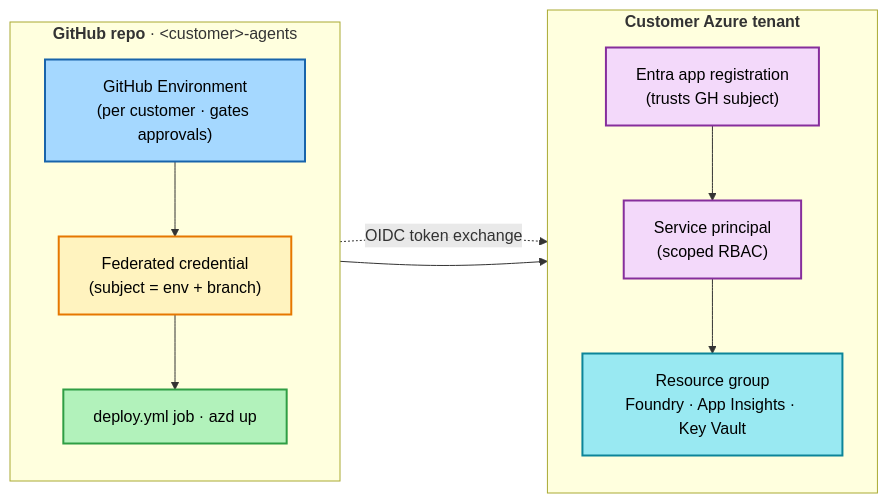
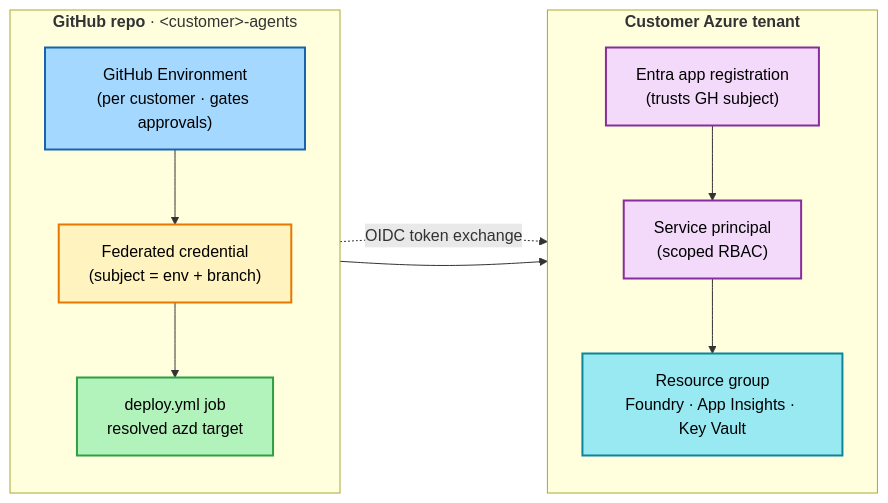
One commit to jlangley11/agentic-ai-solution-accelerator changed the diagram in docs/start/deliver/04-provision-the-customers-azure.md. Above: the diagram before and after it, drawn with Mermaid. The commit also changed other lines of this file and 168 other files, not shown here.

````diff
--- a/docs/start/deliver/04-provision-the-customers-azure.md
+++ b/docs/start/deliver/04-provision-the-customers-azure.md
@@ -86,25 +98,25 @@
 ```mermaid
 flowchart LR
     classDef gh fill:#a5d8ff,stroke:#1864ab,stroke-width:2px,color:#000
     classDef cred fill:#fff3bf,stroke:#e67700,stroke-width:2px,color:#000
     classDef job fill:#b2f2bb,stroke:#2f9e44,stroke-width:2px,color:#000
     classDef az fill:#f3d9fa,stroke:#862e9c,stroke-width:2px,color:#000
     classDef rg fill:#99e9f2,stroke:#0c8599,stroke-width:2px,color:#000
 
     subgraph GH["<b>GitHub repo</b> · &lt;customer&gt;-agents"]
       direction TB
       ENV["GitHub Environment<br/>(per customer · gates approvals)"]:::gh
       FC["Federated credential<br/>(subject = env + branch)"]:::cred
-      JOB["deploy.yml job · azd up"]:::job
+      JOB["deploy.yml job<br/>resolved azd target"]:::job
       ENV --> FC --> JOB
     end
     subgraph AZ["<b>Customer Azure tenant</b>"]
       direction TB
       EA["Entra app registration<br/>(trusts GH subject)"]:::az
       SP["Service principal<br/>(scoped RBAC)"]:::az
       RG["Resource group<br/>Foundry · App Insights · Key Vault"]:::rg
       EA --> SP --> RG
     end
     FC -. "OIDC token exchange" .-> EA
     JOB --> RG
 ```
````
